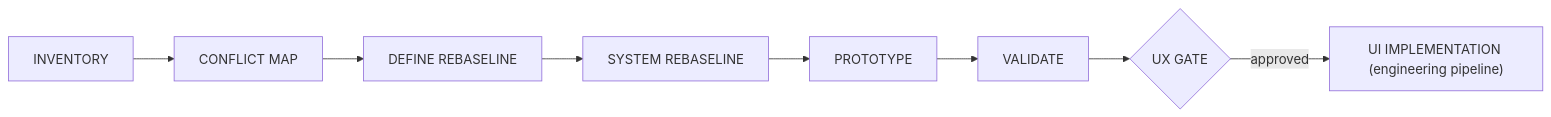
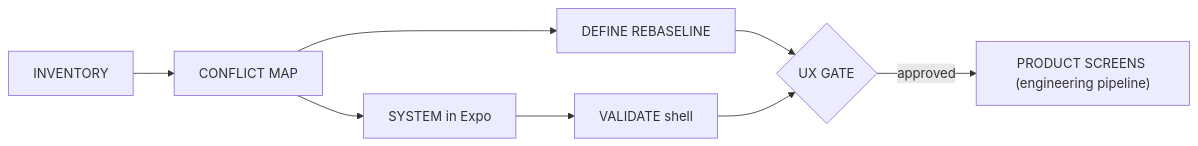
Before and after one commit to KurbatovIvann/showzy-v2: the diagram in docs/design/process.md, drawn with Mermaid. The commit also changed other lines of this file and 14 other files, not shown here.

````diff
--- a/docs/design/process.md
+++ b/docs/design/process.md
@@ -17,10 +20,10 @@
 ```mermaid
 flowchart LR
   I["INVENTORY"] --> C["CONFLICT MAP"]
   C --> D["DEFINE REBASELINE"]
-  D --> S["SYSTEM REBASELINE"]
-  S --> P["PROTOTYPE"]
-  P --> V["VALIDATE"]
-  V --> G{"UX GATE"}
-  G -->|approved| UI["UI IMPLEMENTATION (engineering pipeline)"]
+  C --> S["SYSTEM in Expo"]
+  D --> G{"UX GATE"}
+  S --> V["VALIDATE shell"]
+  V --> G
+  G -->|approved| UI["PRODUCT SCREENS (engineering pipeline)"]
 ```
````
